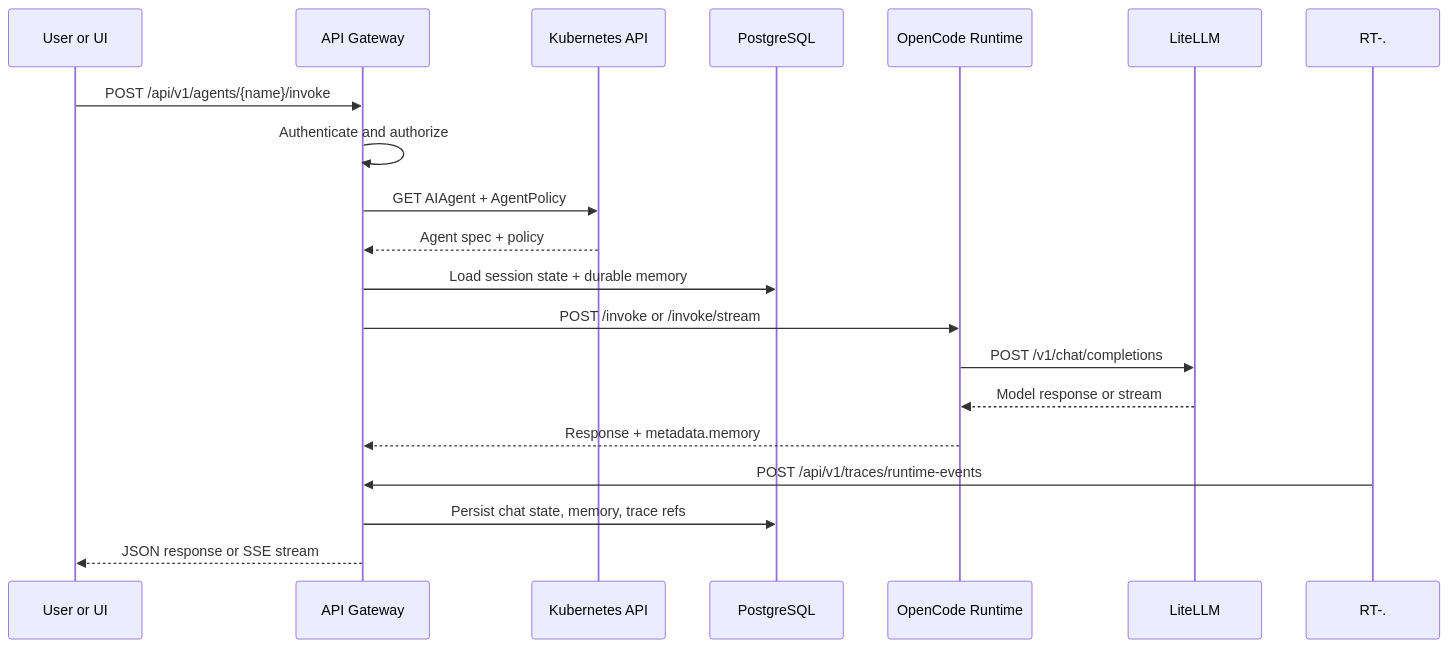
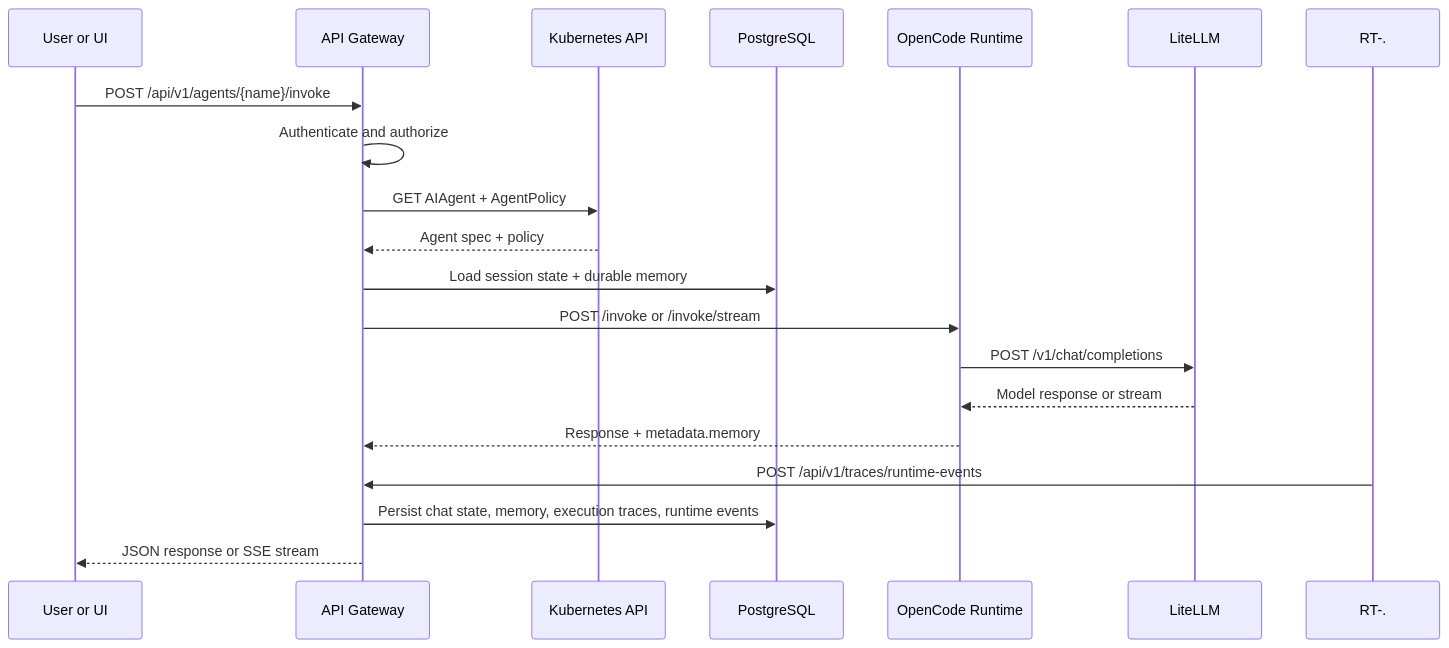
The third of 5 diagrams in docs/architecture.md (ykbytes/kubesynapse.ai), drawn with Mermaid before and after one commit. The commit also changed other lines of this file and 35 other files, not shown here.

````diff
--- a/docs/architecture.md
+++ b/docs/architecture.md
@@ -269,22 +270,22 @@
 ```mermaid
 sequenceDiagram
     participant U as User or UI
     participant GW as API Gateway
     participant K8S as Kubernetes API
     participant DB as PostgreSQL
     participant RT as OpenCode Runtime
     participant LLM as LiteLLM
 
     U->>GW: POST /api/v1/agents/{name}/invoke
     GW->>GW: Authenticate and authorize
     GW->>K8S: GET AIAgent + AgentPolicy
     K8S-->>GW: Agent spec + policy
     GW->>DB: Load session state + durable memory
     GW->>RT: POST /invoke or /invoke/stream
     RT->>LLM: POST /v1/chat/completions
     LLM-->>RT: Model response or stream
     RT-->>GW: Response + metadata.memory
     RT-.->>GW: POST /api/v1/traces/runtime-events
-    GW->>DB: Persist chat state, memory, trace refs
+    GW->>DB: Persist chat state, memory, execution traces, runtime events
     GW-->>U: JSON response or SSE stream
 ```
````
